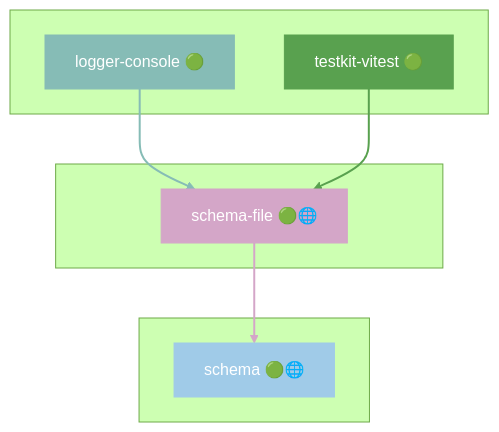
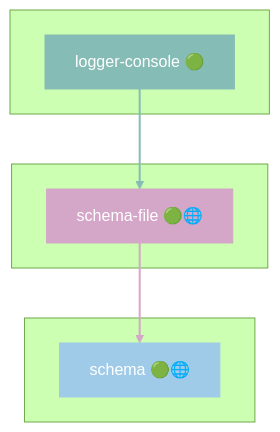
One commit to grest-ts/grest-ts changed diagram 37 of 45 in docs/DEPENDENCIES.md. Above: the diagram before and after it, drawn with Mermaid (forest theme). The commit also changed other lines of this file and 46 other files, not shown here.

````diff
--- a/docs/DEPENDENCIES.md
+++ b/docs/DEPENDENCIES.md
@@ -1843,23 +1797,19 @@
 ```mermaid
 flowchart TB
     subgraph Dependents[" "]
         logger-console["logger-console 🟢"]
-        testkit-vitest["testkit-vitest 🟢"]
     end
     subgraph Package[" "]
         schema-file["schema-file 🟢🌐"]
     end
     subgraph Dependencies[" "]
         schema["schema 🟢🌐"]
     end
     logger-console --> schema-file
-    testkit-vitest --> schema-file
     schema-file --> schema
     style schema-file fill:#D4A6C8,stroke:#D4A6C8,color:#fff
     style logger-console fill:#86BCB6,stroke:#86BCB6,color:#fff
-    style testkit-vitest fill:#59A14F,stroke:#59A14F,color:#fff
     style schema fill:#A0CBE8,stroke:#A0CBE8,color:#fff
     linkStyle 0 stroke:#86BCB6,stroke-width:2px
-    linkStyle 1 stroke:#59A14F,stroke-width:2px
-    linkStyle 2 stroke:#D4A6C8,stroke-width:2px
+    linkStyle 1 stroke:#D4A6C8,stroke-width:2px
 ```
````
